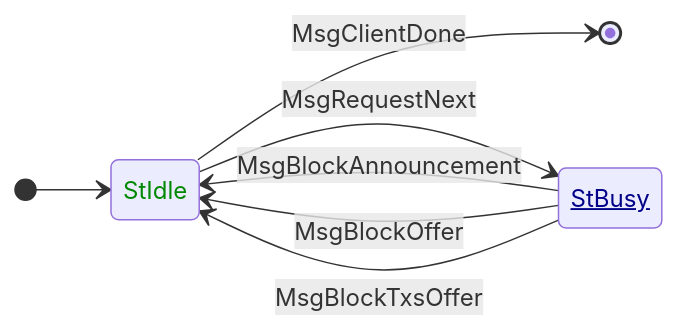
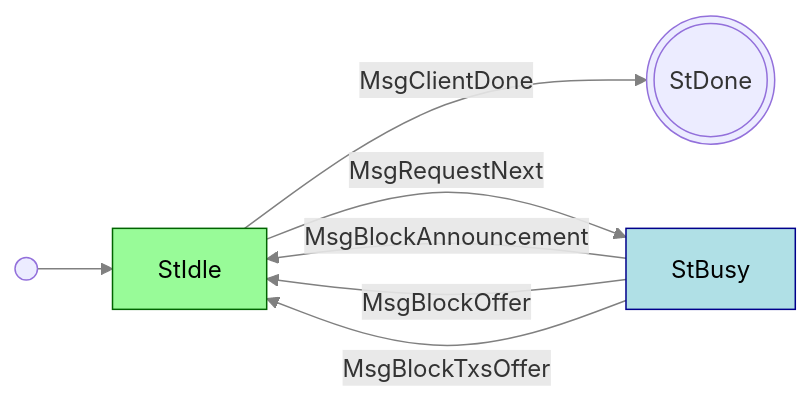
Before and after one commit to rkuhn/cardano-blueprint: the diagram in src/network/node-to-node/leios-notify/README.md, drawn with Mermaid. The commit also changed other lines of this file and 11 other files, not shown here.

First line of the commit message:
Improve readability of state diagrams

````diff
--- a/src/network/node-to-node/leios-notify/README.md
+++ b/src/network/node-to-node/leios-notify/README.md
@@ -31,15 +31,18 @@
 ```mermaid
-stateDiagram
-   direction LR
-   [*] --> StIdle
-   StIdle --> [*]: MsgClientDone
-   StIdle --> StBusy: MsgRequestNext
-   StBusy --> StIdle: MsgBlockAnnouncement
-   StBusy --> StIdle: MsgBlockOffer
-   StBusy --> StIdle: MsgBlockTxsOffer
+graph LR
+   classDef client color:black,fill:PaleGreen,stroke:DarkGreen;
+   classDef server color:black,fill:PowderBlue,stroke:DarkBlue;
+   linkStyle default stroke:gray
 
-    classDef initiator color:#080
-    classDef responder color:#008, text-decoration: underline
-    class StIdle initiator
-    class StBusy responder
+   StDone(((StDone)))
+
+   i(( )) --> StIdle
+   StIdle --MsgClientDone--> StDone
+   StIdle --MsgRequestNext--> StBusy
+   StBusy --MsgBlockAnnouncement--> StIdle
+   StBusy --MsgBlockOffer--> StIdle
+   StBusy --MsgBlockTxsOffer--> StIdle
+
+   class StIdle client
+   class StBusy server
 ```
````
